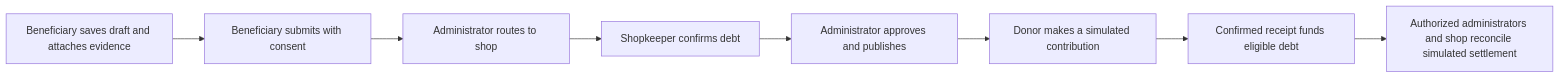
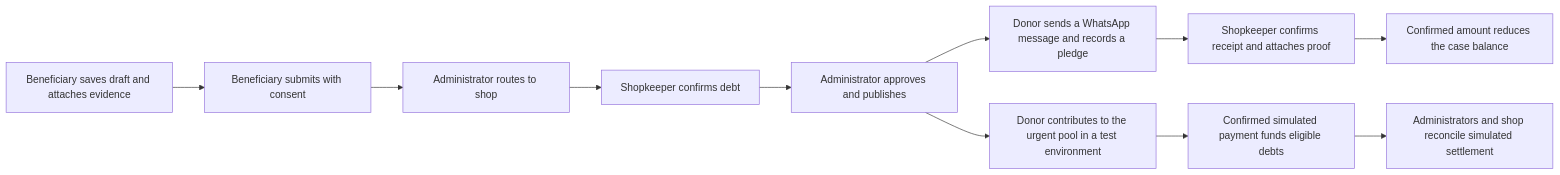
One commit to mokhtargalaxy06-ops/Ktab-L7anout changed the diagram in README.md. Above: the diagram before and after it, drawn with Mermaid. The commit also changed other lines of this file and 34 other files, not shown here.

````diff
--- a/README.md
+++ b/README.md
@@ -99,10 +300,13 @@
 ```mermaid
 flowchart LR
     A[Beneficiary saves draft and attaches evidence] --> B[Beneficiary submits with consent]
     B --> C[Administrator routes to shop]
     C --> D[Shopkeeper confirms debt]
     D --> E[Administrator approves and publishes]
-    E --> F[Donor makes a simulated contribution]
-    F --> G[Confirmed receipt funds eligible debt]
-    G --> H[Authorized administrators and shop reconcile simulated settlement]
+    E --> F[Donor sends a WhatsApp message and records a pledge]
+    F --> G[Shopkeeper confirms receipt and attaches proof]
+    G --> H[Confirmed amount reduces the case balance]
+    E --> I[Donor contributes to the urgent pool in a test environment]
+    I --> J[Confirmed simulated payment funds eligible debts]
+    J --> K[Administrators and shop reconcile simulated settlement]
 ```
````
